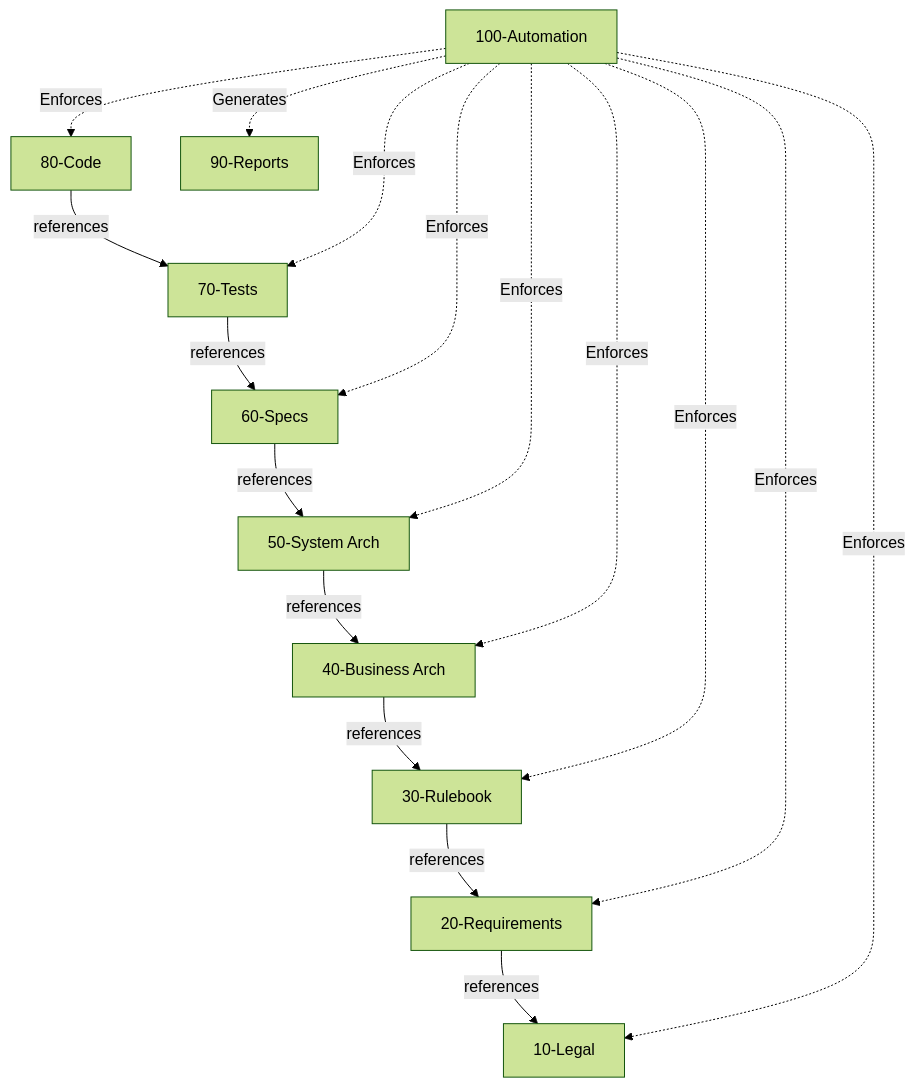
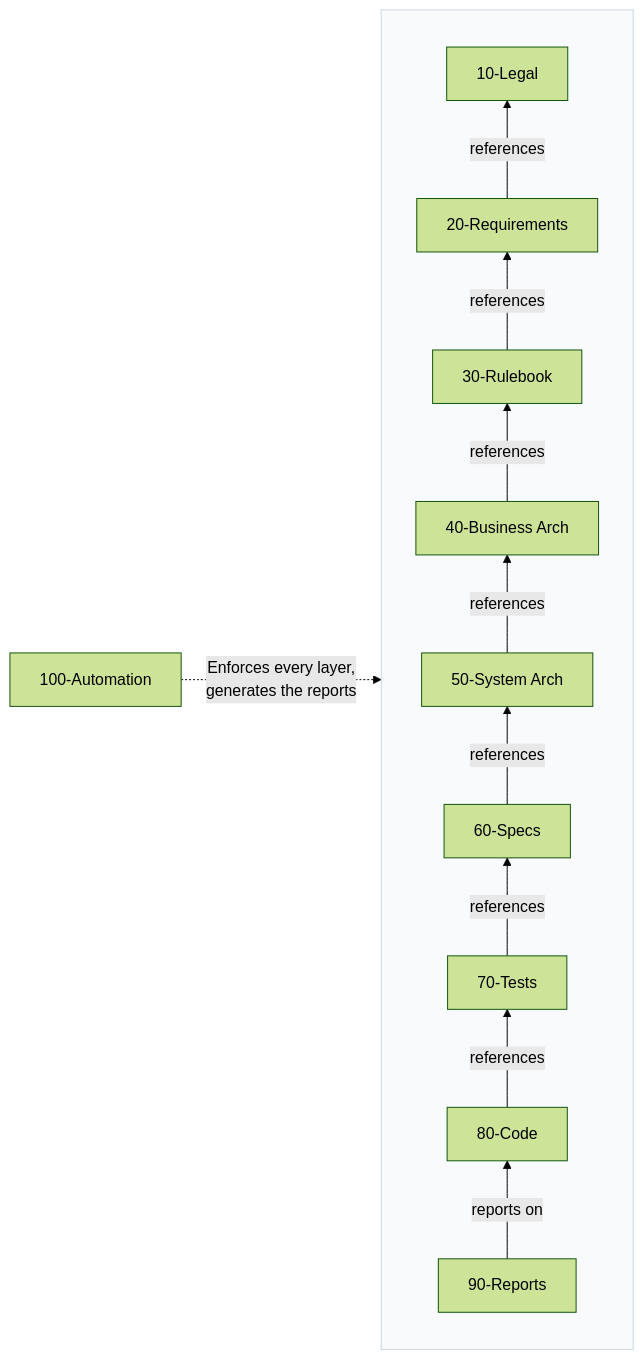
One commit to nnworkspace/presentations changed the first of 7 diagrams in elan_intro.md. Above: the diagram before and after it, drawn with Mermaid (forest theme).

Commit message:
fix: order the Élan layer diagram top down
10 at the top, 80 and 90 at the bottom, one Enforces link from 100-Automation to the whole stack instead of nine.

Closes #3

````diff
--- a/elan_intro.md
+++ b/elan_intro.md
@@ -135,21 +135,16 @@
 ```mermaid {scale: 0.45}
-graph TD
-    Req[20-Requirements] --> |references| L[10-Legal]
-    R[30-Rulebook] --> |references| Req
-    BA[40-Business Arch] --> |references| R
-    SA[50-System Arch] --> |references| BA
-    S[60-Specs] --> |references| SA
-    T[70-Tests] --> |references| S
-    C[80-Code] --> |references| T
-    
-    auth[100-Automation] -.->|Enforces| L
-    auth -.->|Enforces| Req
-    auth -.->|Enforces| R
-    auth -.->|Enforces| BA
-    auth -.->|Enforces| SA
-    auth -.->|Enforces| S
-    auth -.->|Enforces| T
-    auth -.->|Enforces| C
-    auth -.->|Generates| Rep[90-Reports]
-    
+flowchart LR
+    subgraph layers[" "]
+        direction BT
+        Req[20‑Requirements] -->|references| L[10‑Legal]
+        R[30‑Rulebook] -->|references| Req
+        BA[40‑Business Arch] -->|references| R
+        SA[50‑System Arch] -->|references| BA
+        S[60‑Specs] -->|references| SA
+        T[70‑Tests] -->|references| S
+        C[80‑Code] -->|references| T
+        Rep[90‑Reports] -->|reports on| C
+    end
+    auth[100‑Automation] -.->|Enforces every layer,<br/>generates the reports| layers
+    style layers fill:#f8fafc,stroke:#cbd5e1
 ```
````
